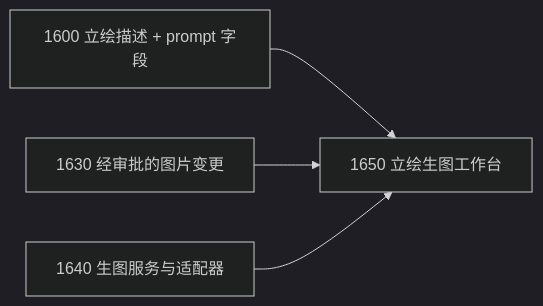
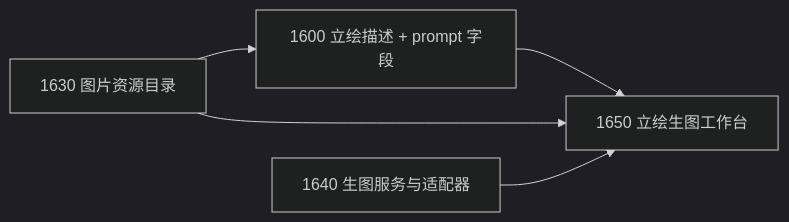
One commit to oh-awesome-novel/oh-awesome-novel changed the diagram in docs/plans/PORTRAIT_IMAGE_GENERATION_PLAN_2026-11-12.md. Above: the diagram before and after it, drawn with Mermaid (dark theme). The commit also changed other lines of this file and 8 other files, not shown here.

First line of the commit message:
docs: store images outside Git and relax internal schema rules

````diff
--- a/docs/plans/PORTRAIT_IMAGE_GENERATION_PLAN_2026-11-12.md
+++ b/docs/plans/PORTRAIT_IMAGE_GENERATION_PLAN_2026-11-12.md
@@ -129,6 +134,7 @@
 ```mermaid
 flowchart LR
-  P["1600 立绘描述 + prompt 字段"] --> W["1650 立绘生图工作台"]
-  B["1630 经审批的图片变更"] --> W
+  B["1630 图片资源目录"] --> P["1600 立绘描述 + prompt 字段"]
+  P --> W["1650 立绘生图工作台"]
+  B --> W
   A["1640 生图服务与适配器"] --> W
 ```
````
